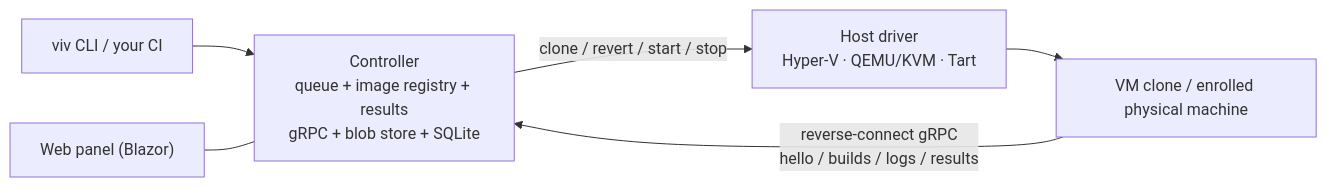
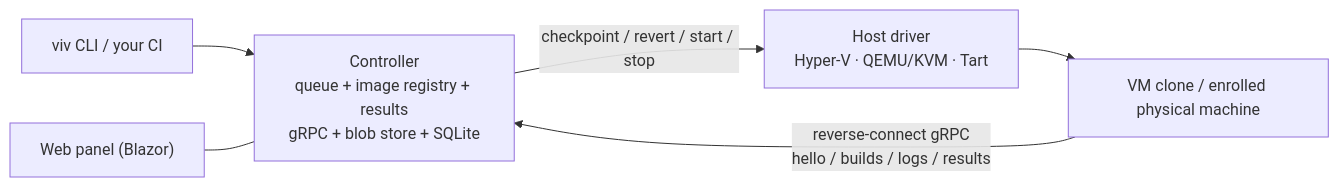
One commit to iXab3r/Vivarium changed the diagram in README.md. Above: the diagram before and after it, drawn with Mermaid. The commit also changed other lines of this file and 5 other files, not shown here.

````diff
--- a/README.md
+++ b/README.md
@@ -25,9 +25,9 @@
 ```mermaid
 flowchart LR
     CLI["viv CLI / your CI"] --> C
     UI["Web panel (Blazor)"] --- C
     C["Controller<br/>queue + image registry + results<br/>gRPC + blob store + SQLite"]
-    C -- "clone / revert / start / stop" --> D["Host driver<br/>Hyper-V · QEMU/KVM · Tart"]
+    C -- "checkpoint / revert / start / stop" --> D["Host driver<br/>Hyper-V · QEMU/KVM · Tart"]
     D --> VM["VM clone / enrolled physical machine"]
     VM -- "reverse-connect gRPC<br/>hello / builds / logs / results" --> C
 ```
````
